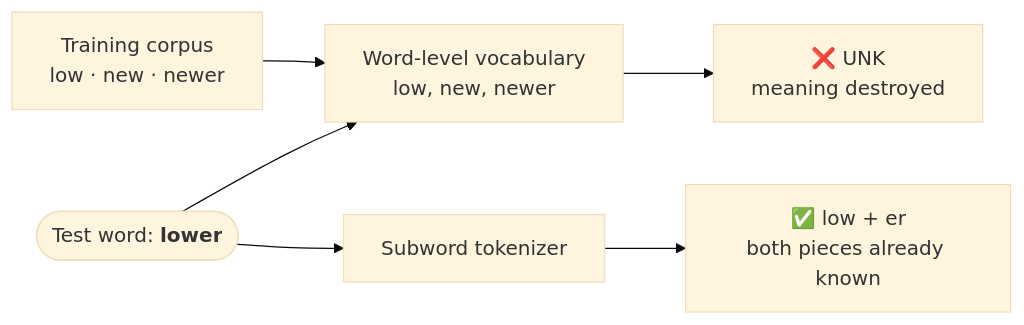
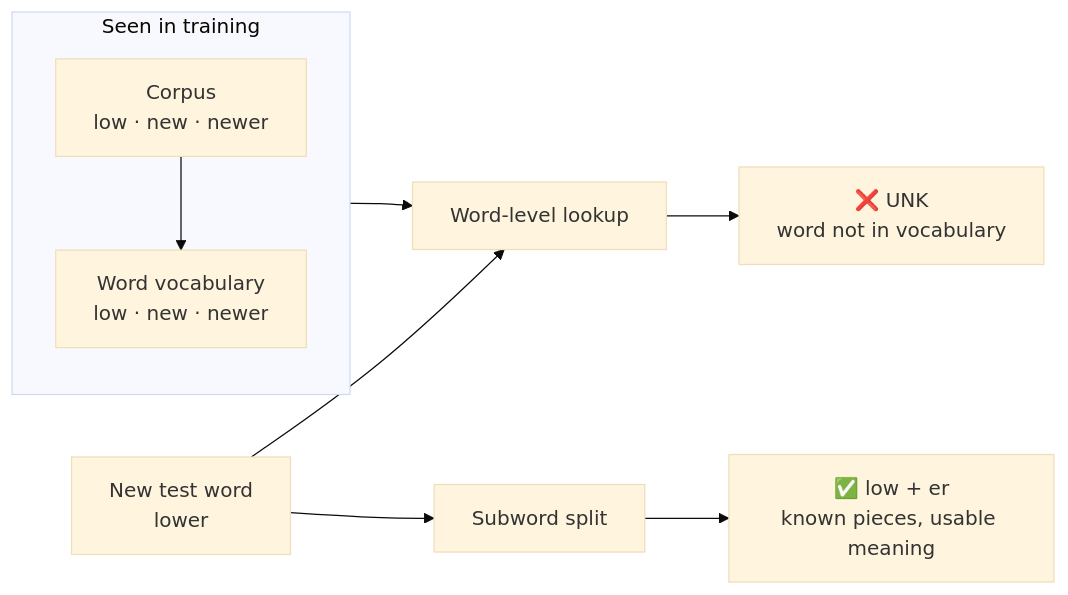
One commit to sanjaykumarpushadapu/MTech changed the first of 7 diagrams in 2026-2027-Sem1/_shared/tokenization.md. Above: the diagram before and after it, drawn with Mermaid (base theme). The commit also changed other lines of this file, not shown here.

````diff
--- a/2026-2027-Sem1/_shared/tokenization.md
+++ b/2026-2027-Sem1/_shared/tokenization.md
@@ -45,8 +45,12 @@
 ```mermaid
 flowchart LR
-    TR["Training corpus<br/>low · new · newer"] --> V["Word-level vocabulary<br/>low, new, newer"]
-    TEST(["Test word: <b>lower</b>"]) --> V
-    V --> UNK["❌ UNK<br/>meaning destroyed"]
-    TEST --> SUB["Subword tokenizer"]
-    SUB --> OK["✅ low + er<br/>both pieces already known"]
+    subgraph TRAIN["Seen in training"]
+        direction TB
+        TR["Corpus<br/>low · new · newer"] --> V["Word vocabulary<br/>low · new · newer"]
+    end
+    TEST["New test word<br/>lower"] --> W["Word-level lookup"]
+    V --> W
+    W --> UNK["❌ UNK<br/>word not in vocabulary"]
+    TEST --> S["Subword split"]
+    S --> OK["✅ low + er<br/>known pieces, usable meaning"]
 ```
````
